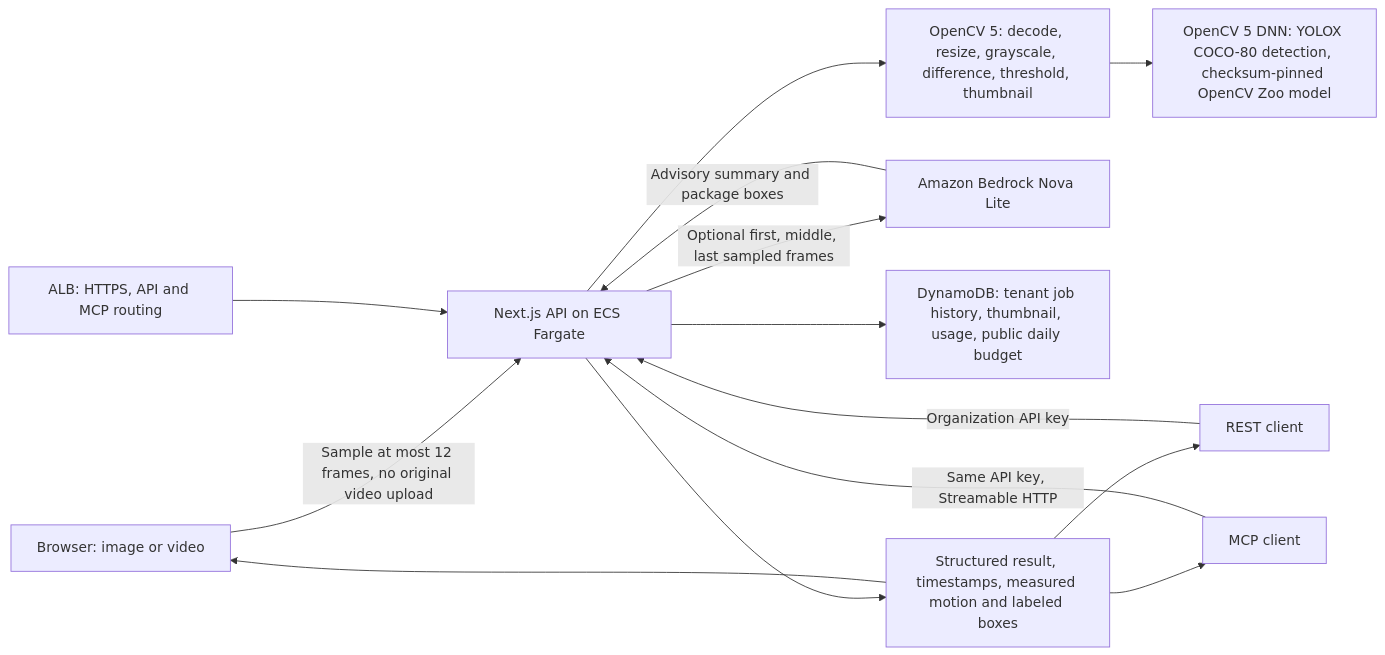
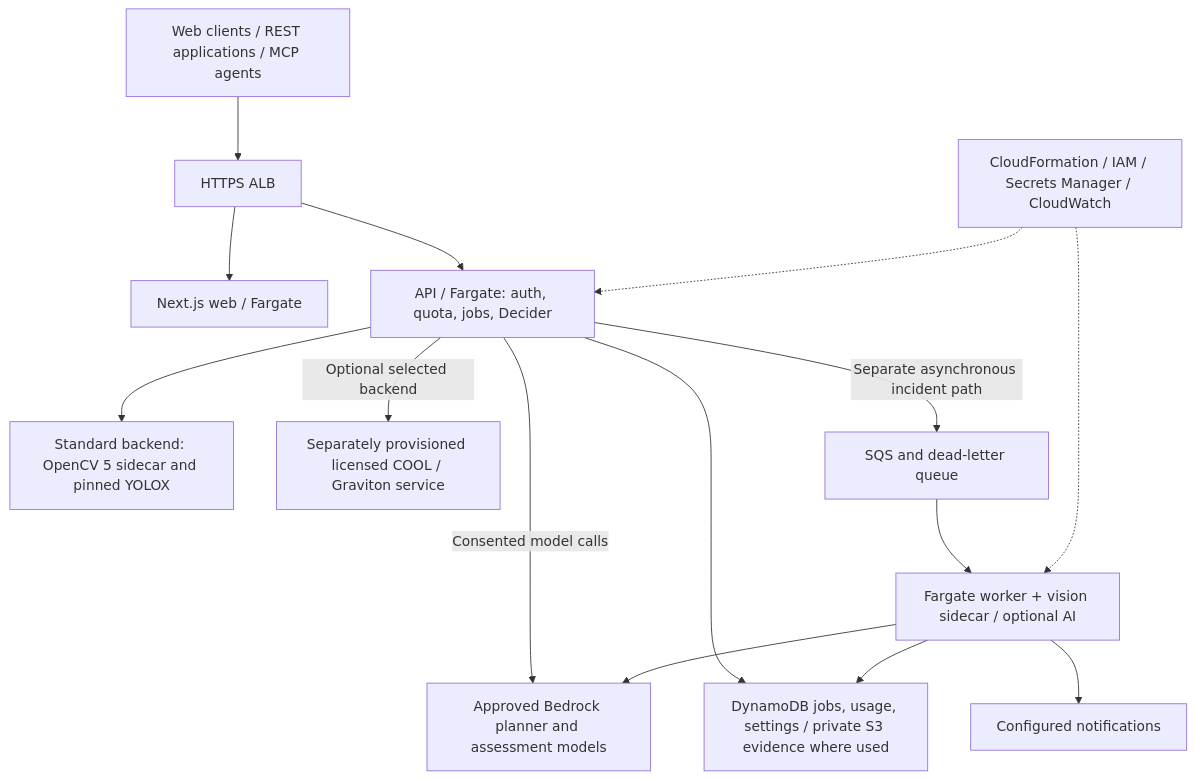
Before and after one commit to techcto/autovision: the diagram in devops/testing/architecture.mmd, drawn with Mermaid. The commit also changed 34 other files, not shown here.

Commit message:
Prepare OpenCV judge guide, console gallery and deployment diagrams

```diff
--- a/devops/testing/architecture.mmd
+++ b/devops/testing/architecture.mmd
@@ -1,14 +1,15 @@
-flowchart LR
-  Browser[Browser: image or video] -->|Sample at most 12 frames, no original video upload| API
-  REST[REST client] -->|Organization API key| API
-  MCP[MCP client] -->|Same API key, Streamable HTTP| API
-  ALB[ALB: HTTPS, API and MCP routing] --> API[Next.js API on ECS Fargate]
-  API --> CV[OpenCV 5: decode, resize, grayscale, difference, threshold, thumbnail]
-  CV --> YOLOX[OpenCV 5 DNN: YOLOX COCO-80 detection, checksum-pinned OpenCV Zoo model]
-  API -->|Optional first, middle, last sampled frames| Nova[Amazon Bedrock Nova Lite]
-  Nova -->|Advisory summary and package boxes| API
-  API --> DDB[DynamoDB: tenant job history, thumbnail, usage, public daily budget]
-  API --> Result[Structured result, timestamps, measured motion and labeled boxes]
-  Result --> Browser
-  Result --> REST
-  Result --> MCP
+flowchart TD
+  Clients[Web clients / REST applications / MCP agents] --> ALB[HTTPS ALB]
+  ALB --> Web[Next.js web / Fargate]
+  ALB --> API[API / Fargate: auth, quota, jobs, Decider]
+  API --> CV[Standard backend: OpenCV 5 sidecar and pinned YOLOX]
+  API -->|Optional selected backend| COOL[Separately provisioned licensed COOL / Graviton service]
+  API -->|Consented model calls| Bedrock[Approved Bedrock planner and assessment models]
+  API --> Data[DynamoDB jobs, usage, settings / private S3 evidence where used]
+  API -->|Separate asynchronous incident path| Queue[SQS and dead-letter queue]
+  Queue --> Worker[Fargate worker + vision sidecar / optional AI]
+  Worker --> Data
+  Worker --> Bedrock
+  Worker --> SES[Configured notifications]
+  Operations[CloudFormation / IAM / Secrets Manager / CloudWatch] -.-> API
+  Operations -.-> Worker
```
